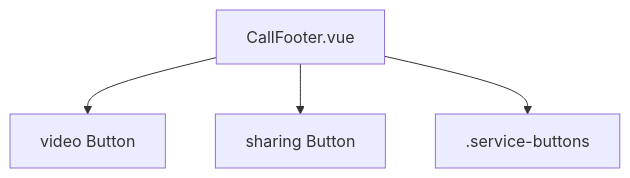
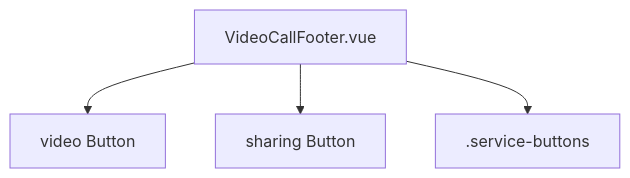
The ninth of 11 diagrams in README.md (voximplant/ui-kit-for-vuejs), drawn with Mermaid before and after one commit. The commit also changed other lines of this file and 65 other files, not shown here.

````diff
--- a/README.md
+++ b/README.md
@@ -362,6 +387,6 @@
 ```mermaid
 graph TD
-    C[CallFooter.vue] --> V["video Button"]
+    C[VideoCallFooter.vue] --> V["video Button"]
     C --> T["sharing Button"]
     C --> R[".service-buttons"]
 ```
````
